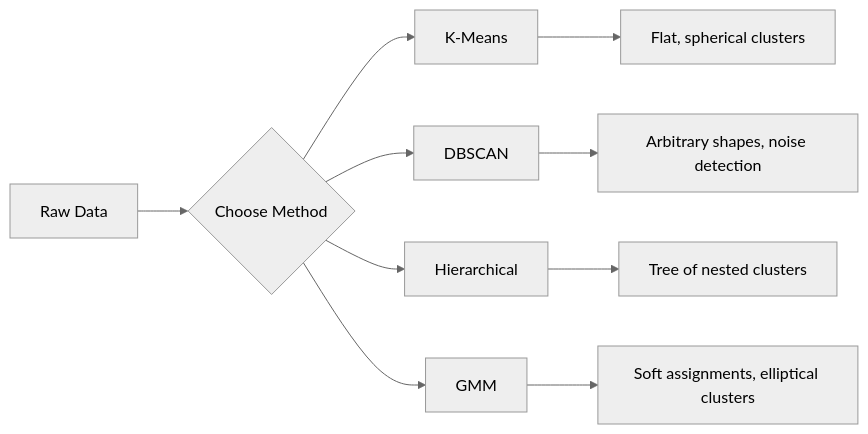
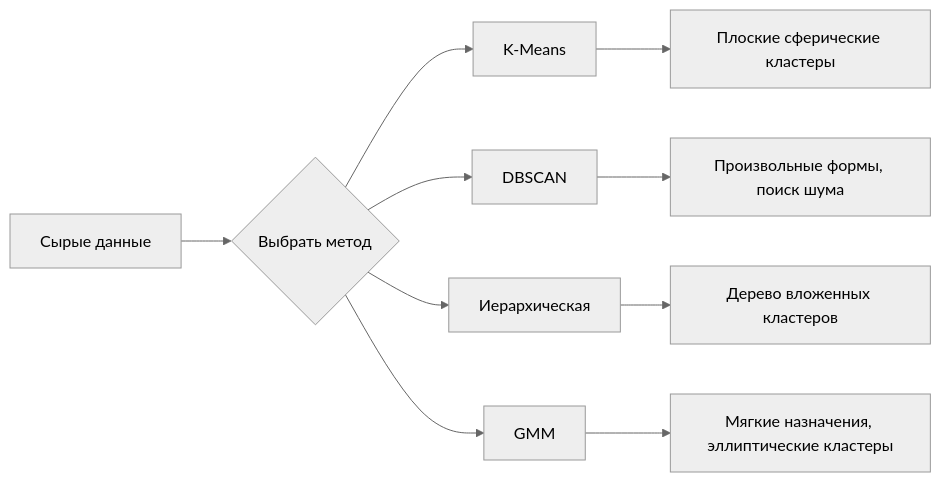
Before and after one commit to stabuev/ai-engineering-from-scratch: the diagram in phases/02-ml-fundamentals/07-unsupervised-learning/docs/ru.md, drawn with Mermaid (neutral theme). The commit also changed other lines of this file and 22 other files, not shown here.

````diff
--- a/phases/02-ml-fundamentals/07-unsupervised-learning/docs/ru.md
+++ b/phases/02-ml-fundamentals/07-unsupervised-learning/docs/ru.md
@@ -31,12 +31,12 @@
 ```mermaid
 flowchart LR
-    A[Raw Data] --> B{Choose Method}
+    A[Сырые данные] --> B{Выбрать метод}
     B --> C[K-Means]
     B --> D[DBSCAN]
-    B --> E[Hierarchical]
+    B --> E[Иерархическая]
     B --> F[GMM]
-    C --> G[Flat, spherical clusters]
-    D --> H[Arbitrary shapes, noise detection]
-    E --> I[Tree of nested clusters]
-    F --> J[Soft assignments, elliptical clusters]
+    C --> G[Плоские сферические кластеры]
+    D --> H[Произвольные формы, поиск шума]
+    E --> I[Дерево вложенных кластеров]
+    F --> J[Мягкие назначения, эллиптические кластеры]
 ```
````
